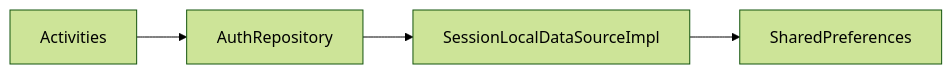
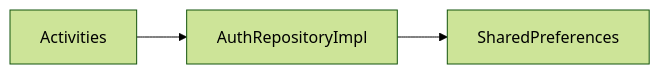
The diagram in docs/architecture.md (gael55x/Renvest-mobile), drawn with Mermaid (forest theme) before and after one commit. The commit also changed other lines of this file and 4 other files, not shown here.

````diff
--- a/docs/architecture.md
+++ b/docs/architecture.md
@@ -9,10 +9,8 @@
 ```mermaid
 flowchart LR
   Screens[Activities]
-  Repo[AuthRepository]
-  Local[SessionLocalDataSourceImpl]
+  Repo[AuthRepositoryImpl]
   Prefs[SharedPreferences]
   Screens --> Repo
-  Repo --> Local
-  Local --> Prefs
+  Repo --> Prefs
 ```
````
